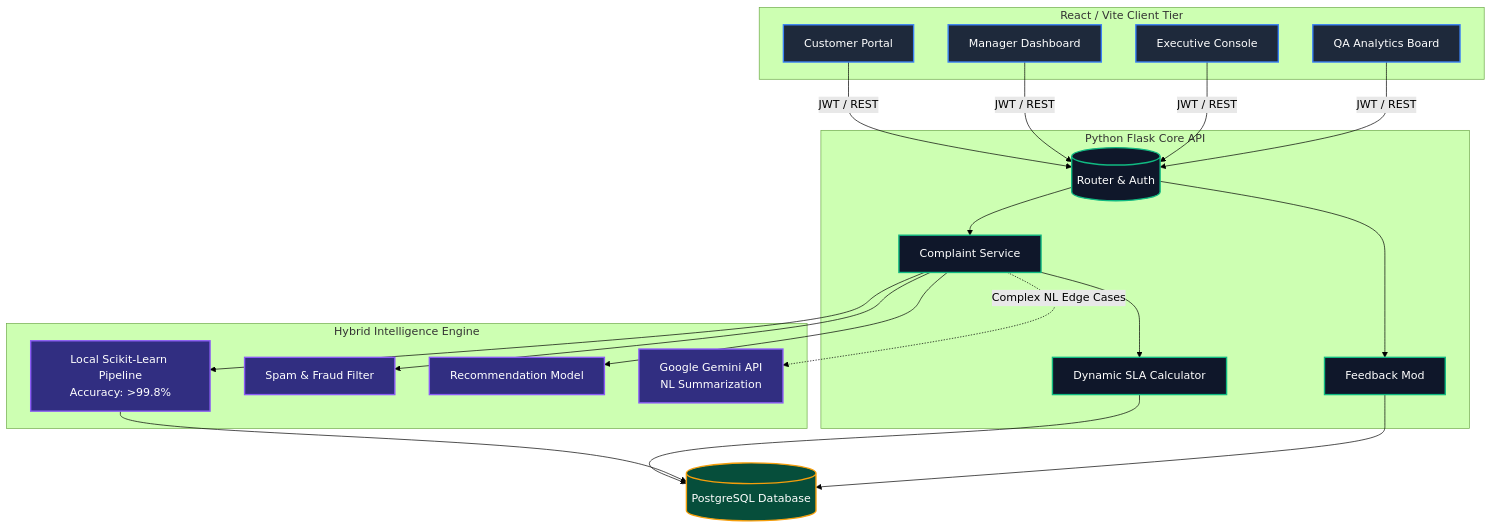
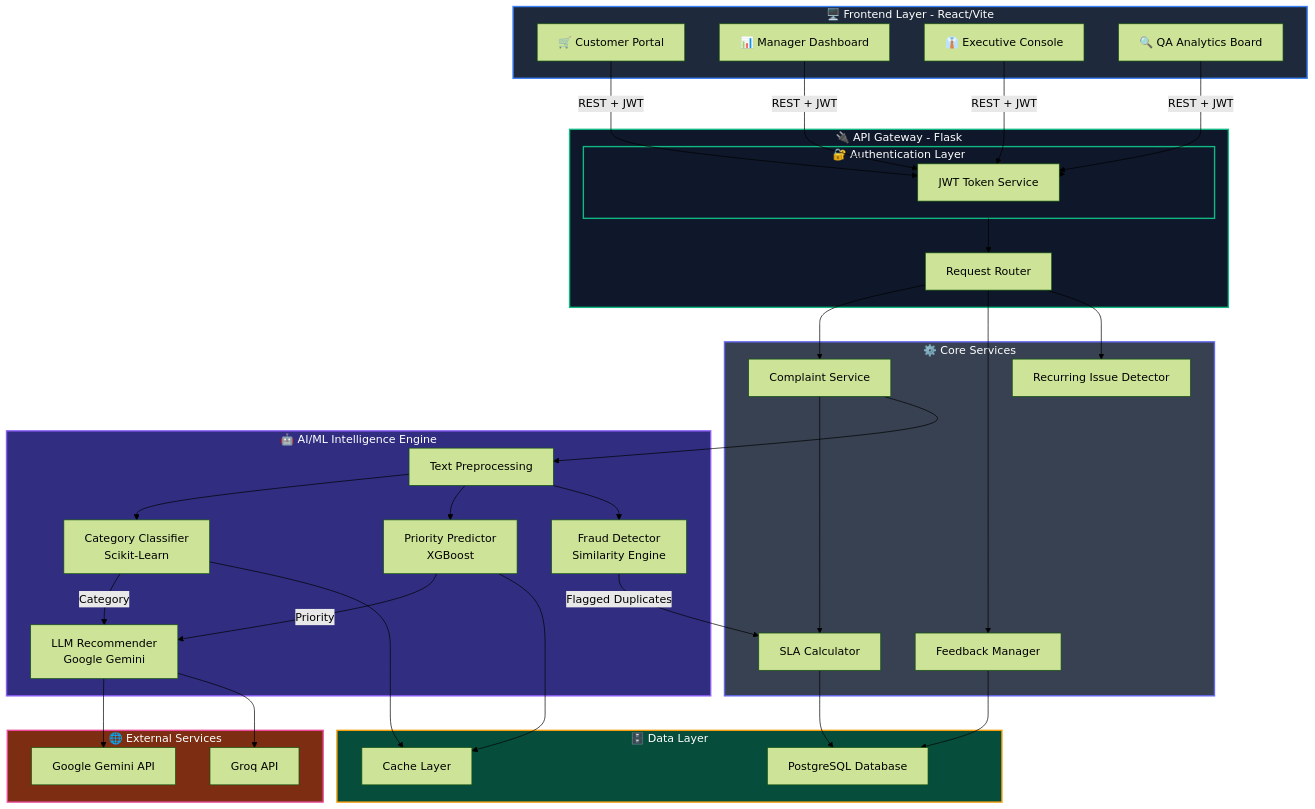
The first of 3 diagrams in README.md (HetLimbani-learnerboy/ResolveX), drawn with Mermaid (forest theme) before and after one commit. The commit also changed other lines of this file and 3 other files, not shown here.

````diff
--- a/README.md
+++ b/README.md
@@ -43,54 +72,82 @@
 ```mermaid
 graph TD
-    %% Define Styles
-    classDef client fill:#1e293b,stroke:#3b82f6,stroke-width:2px,color:#fff;
-    classDef backend fill:#0f172a,stroke:#10b981,stroke-width:2px,color:#fff;
-    classDef ai fill:#312e81,stroke:#8b5cf6,stroke-width:2px,color:#fff;
-    classDef db fill:#064e3b,stroke:#f59e0b,stroke-width:2px,color:#fff;
-
-    %% Frontend Tier
-    subgraph Frontend [React / Vite Client Tier]
-        C[Customer Portal]:::client
-        M[Manager Dashboard]:::client
-        E[Executive Console]:::client
-        Q[QA Analytics Board]:::client
+    subgraph Client["🖥️ Frontend Layer - React/Vite"]
+        CP["🛒 Customer Portal"]
+        MD["📊 Manager Dashboard"]
+        EC["👔 Executive Console"]
+        QA["🔍 QA Analytics Board"]
     end
 
-    %% Backend Tier
-    subgraph CoreBackend [Python Flask Core API]
-        R[(Router & Auth)]:::backend
-        Comp[Complaint Service]:::backend
-        SLA[Dynamic SLA Calculator]:::backend
-        QA[Feedback Mod]:::backend
+    subgraph Auth["🔐 Authentication Layer"]
+        JWT["JWT Token Service"]
     end
 
-    %% AI Pipeline
-    subgraph AIEngine [Hybrid Intelligence Engine]
-        ML[Local Scikit-Learn Pipeline<br>Accuracy: >99.8%]:::ai
-        Fraud[Spam & Fraud Filter]:::ai
-        Rec[Recommendation Model]:::ai
-        LLM[Google Gemini API<br>NL Summarization]:::ai
+    subgraph API["🔌 API Gateway - Flask"]
+        Router["Request Router"]
+        Auth["Auth Service"]
     end
 
-    %% Database
-    DB[(PostgreSQL Database)]:::db
+    subgraph Services["⚙️ Core Services"]
+        Complaint["Complaint Service"]
+        SLA["SLA Calculator"]
+        Feedback["Feedback Manager"]
+        Recurring["Recurring Issue Detector"]
+    end
 
-    %% Connections
-    C -->|JWT / REST| R
-    M -->|JWT / REST| R
-    E -->|JWT / REST| R
-    Q -->|JWT / REST| R
+    subgraph MLPipeline["🤖 AI/ML Intelligence Engine"]
+        Preprocessing["Text Preprocessing"]
+        Classification["Category Classifier<br/>Scikit-Learn"]
+        PriorityPred["Priority Predictor<br/>XGBoost"]
+        Fraud["Fraud Detector<br/>Similarity Engine"]
+        Recommender["LLM Recommender<br/>Google Gemini"]
+    end
 
-    R --> Comp
-    R --> QA
-    
-    Comp --> SLA
-    Comp --> ML
-    Comp --> Fraud
-    Comp --> Rec
-    Comp -.->|Complex NL Edge Cases| LLM
-    
-    SLA --> DB
-    ML --> DB
-    QA --> DB
+    subgraph Database["🗄️ Data Layer"]
+        PostgreSQL["PostgreSQL Database"]
+        Cache["Cache Layer"]
+    end
+
+    subgraph External["🌐 External Services"]
+        Gemini["Google Gemini API"]
+        Groq["Groq API"]
+    end
+
+    CP -->|REST + JWT| JWT
+    MD -->|REST + JWT| JWT
+    EC -->|REST + JWT| JWT
+    QA -->|REST + JWT| JWT
+
+    JWT --> Auth
+    Auth --> Router
+
+    Router --> Complaint
+    Router --> Feedback
+    Router --> Recurring
+
+    Complaint --> SLA
+    Complaint --> Preprocessing
+
+    Preprocessing --> Classification
+    Preprocessing --> PriorityPred
+    Preprocessing --> Fraud
+
+    Classification -->|Category| Recommender
+    PriorityPred -->|Priority| Recommender
+    Fraud -->|Flagged Duplicates| SLA
+
+    Recommender --> Gemini
+    Recommender --> Groq
+
+    SLA --> PostgreSQL
+    Classification --> Cache
+    PriorityPred --> Cache
+    Feedback --> PostgreSQL
+
+    style Client fill:#1e293b,stroke:#3b82f6,stroke-width:2px,color:#fff
+    style Auth fill:#0f172a,stroke:#10b981,stroke-width:2px,color:#fff
+    style API fill:#0f172a,stroke:#10b981,stroke-width:2px,color:#fff
+    style Services fill:#374151,stroke:#6366f1,stroke-width:2px,color:#fff
+    style MLPipeline fill:#312e81,stroke:#8b5cf6,stroke-width:2px,color:#fff
+    style Database fill:#064e3b,stroke:#f59e0b,stroke-width:2px,color:#fff
+    style External fill:#7c2d12,stroke:#ec4899,stroke-width:2px,color:#fff
 ```
````
